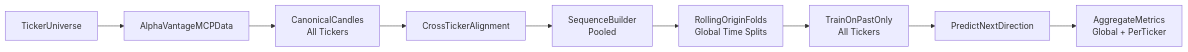
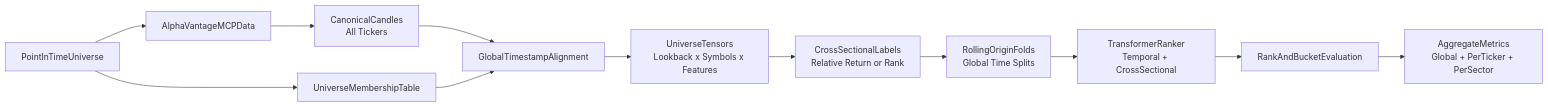
Before and after one commit to sophgen/stock-transformer: the diagram in plan.md, drawn with Mermaid. The commit also changed other lines of this file, not shown here.

First line of the commit message:
Revise Stock Transformer Backtest Plan for Cross-Sectional Analysis

````diff
--- a/plan.md
+++ b/plan.md
@@ -63,11 +129,14 @@
 ```mermaid
 flowchart LR
-  universe[TickerUniverse] --> rawData[AlphaVantageMCPData]
+  universe[PointInTimeUniverse] --> rawData[AlphaVantageMCPData]
   rawData --> canonicalCandles[CanonicalCandles\nAll Tickers]
-  canonicalCandles --> crossAlign[CrossTickerAlignment]
-  crossAlign --> seqBuilder[SequenceBuilder\nPooled]
-  seqBuilder --> foldGenerator[RollingOriginFolds\nGlobal Time Splits]
-  foldGenerator --> modelTrain[TrainOnPastOnly\nAll Tickers]
-  modelTrain --> foldEval[PredictNextDirection]
-  foldEval --> metricsAgg[AggregateMetrics\nGlobal + PerTicker]
+  universe --> membership[UniverseMembershipTable]
+  canonicalCandles --> align[GlobalTimestampAlignment]
+  membership --> align
+  align --> tensors[UniverseTensors\nLookback x Symbols x Features]
+  tensors --> labels[CrossSectionalLabels\nRelative Return or Rank]
+  labels --> folds[RollingOriginFolds\nGlobal Time Splits]
+  folds --> model[TransformerRanker\nTemporal + CrossSectional]
+  model --> eval[RankAndBucketEvaluation]
+  eval --> metrics[AggregateMetrics\nGlobal + PerTicker + PerSector]
 ```
````
